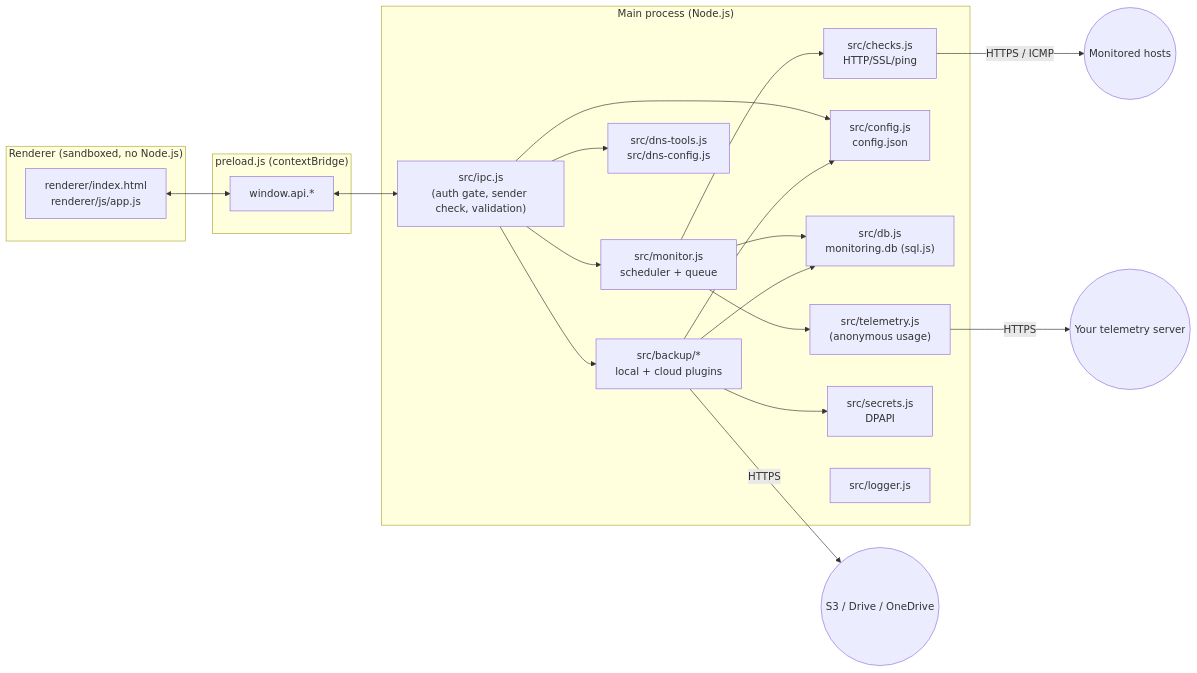
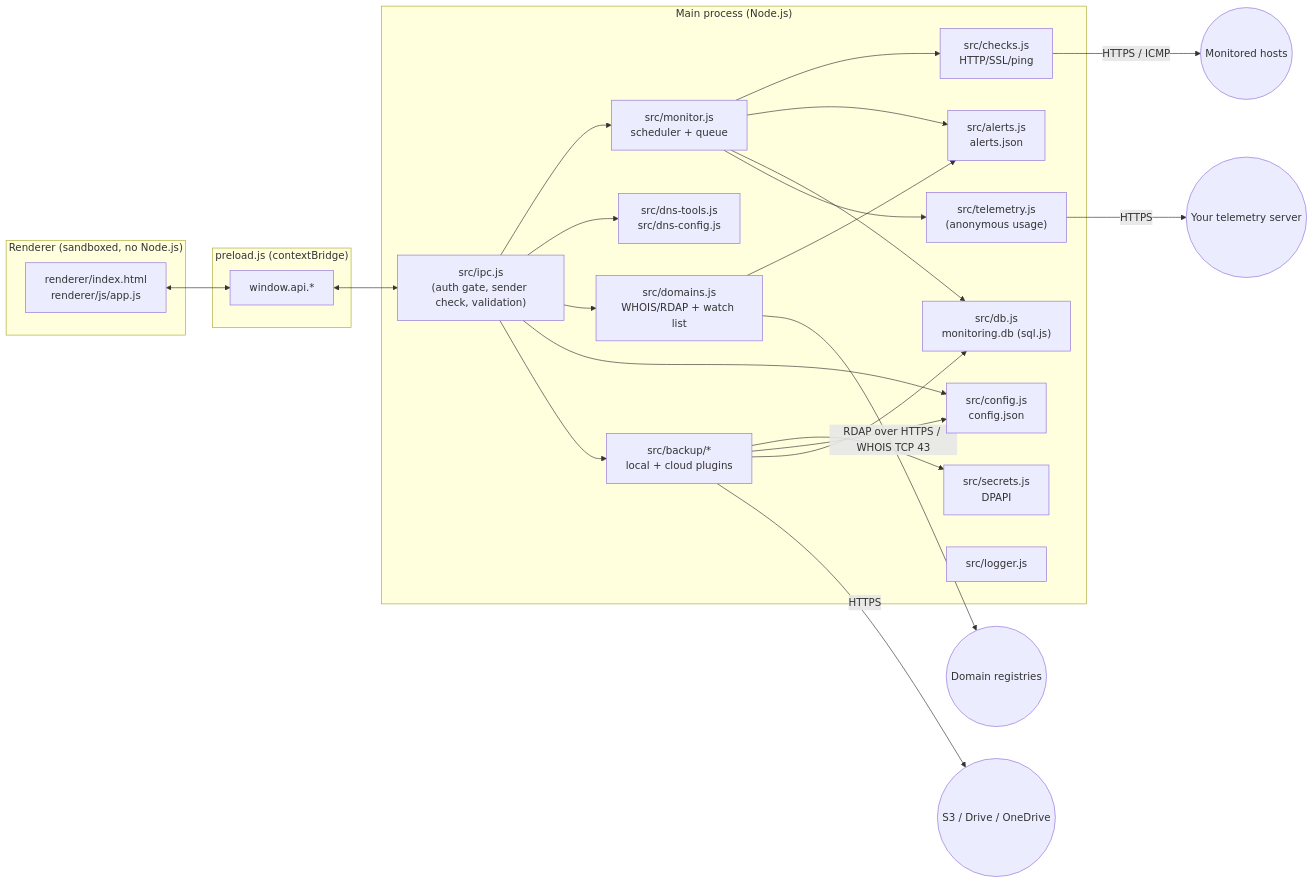
One commit to Devolity-Officials/devoping changed the diagram in README.md. Above: the diagram before and after it, drawn with Mermaid. The commit also changed other lines of this file and 13 other files, not shown here.

````diff
--- a/README.md
+++ b/README.md
@@ -245,33 +253,38 @@
 ```mermaid
 flowchart LR
   subgraph Renderer["Renderer (sandboxed, no Node.js)"]
     UI["renderer/index.html<br/>renderer/js/app.js"]
   end
   subgraph Preload["preload.js (contextBridge)"]
     API["window.api.*"]
   end
   subgraph Main["Main process (Node.js)"]
     IPC["src/ipc.js<br/>(auth gate, sender check, validation)"]
     MON["src/monitor.js<br/>scheduler + queue"]
     CHK["src/checks.js<br/>HTTP/SSL/ping"]
     DNS["src/dns-tools.js<br/>src/dns-config.js"]
+    DOM["src/domains.js<br/>WHOIS/RDAP + watch list"]
+    ALR["src/alerts.js<br/>alerts.json"]
     CFG["src/config.js<br/>config.json"]
     DB["src/db.js<br/>monitoring.db (sql.js)"]
     BK["src/backup/*<br/>local + cloud plugins"]
     TEL["src/telemetry.js<br/>(anonymous usage)"]
     SEC["src/secrets.js<br/>DPAPI"]
     LOG["src/logger.js"]
   end
   UI <--> API <--> IPC
   IPC --> MON --> CHK
   IPC --> DNS
+  IPC --> DOM --> ALR
+  MON --> ALR
   MON --> DB
   IPC --> CFG
   IPC --> BK --> SEC
   BK --> CFG
   BK --> DB
   MON --> TEL
   CHK -->|"HTTPS / ICMP"| Internet((Monitored hosts))
+  DOM -->|"RDAP over HTTPS / WHOIS TCP 43"| Registries((Domain registries))
   BK -->|"HTTPS"| Cloud((S3 / Drive / OneDrive))
   TEL -->|"HTTPS"| Collector((Your telemetry server))
 ```
````
